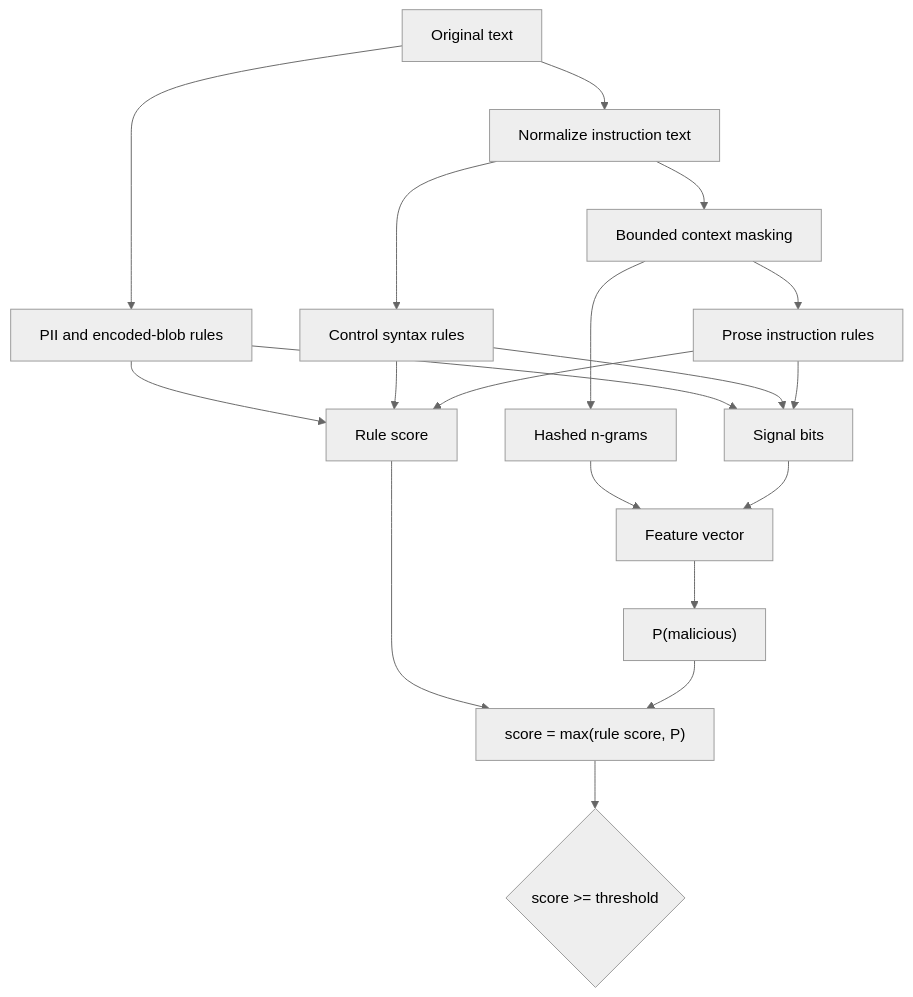
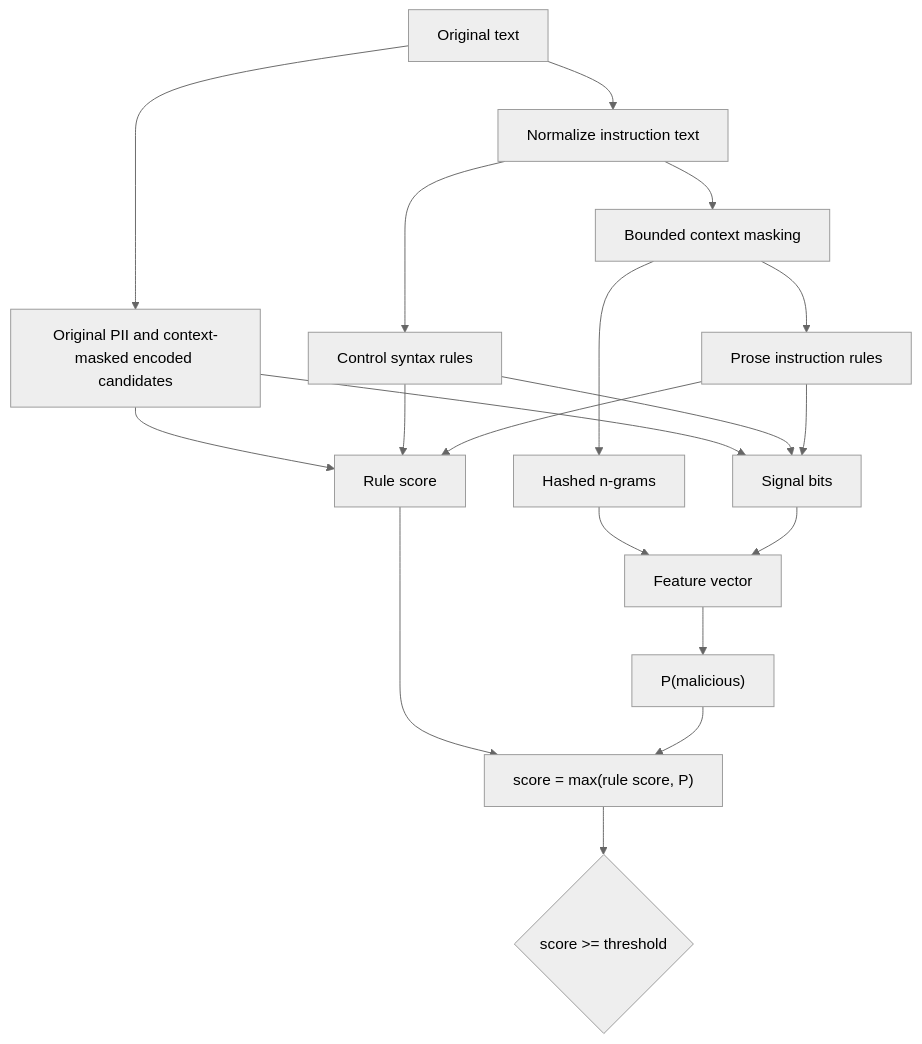
One commit to balamuruganpg/promptwarden changed the diagram in SPEC.md. Above: the diagram before and after it, drawn with Mermaid (neutral theme). The commit also changed other lines of this file and 13 other files, not shown here.

````diff
--- a/SPEC.md
+++ b/SPEC.md
@@ -33,21 +33,21 @@
 ```mermaid
 flowchart TD
   T[Original text] --> U[Normalize instruction text]
   U --> C[Bounded context masking]
   U --> R[Control syntax rules]
   C --> A[Prose instruction rules]
-  T --> I[PII and encoded-blob rules]
+  T --> I[Original PII and context-masked encoded candidates]
   C --> N[Hashed n-grams]
   I --> S
   I --> V
   R --> S[Rule score]
   R --> V[Signal bits]
   A --> S
   A --> V
   N --> F[Feature vector]
   V --> F
   F --> P["P(malicious)"]
   S --> M["score = max(rule score, P)"]
   P --> M
   M --> D{score >= threshold}
 ```
````
